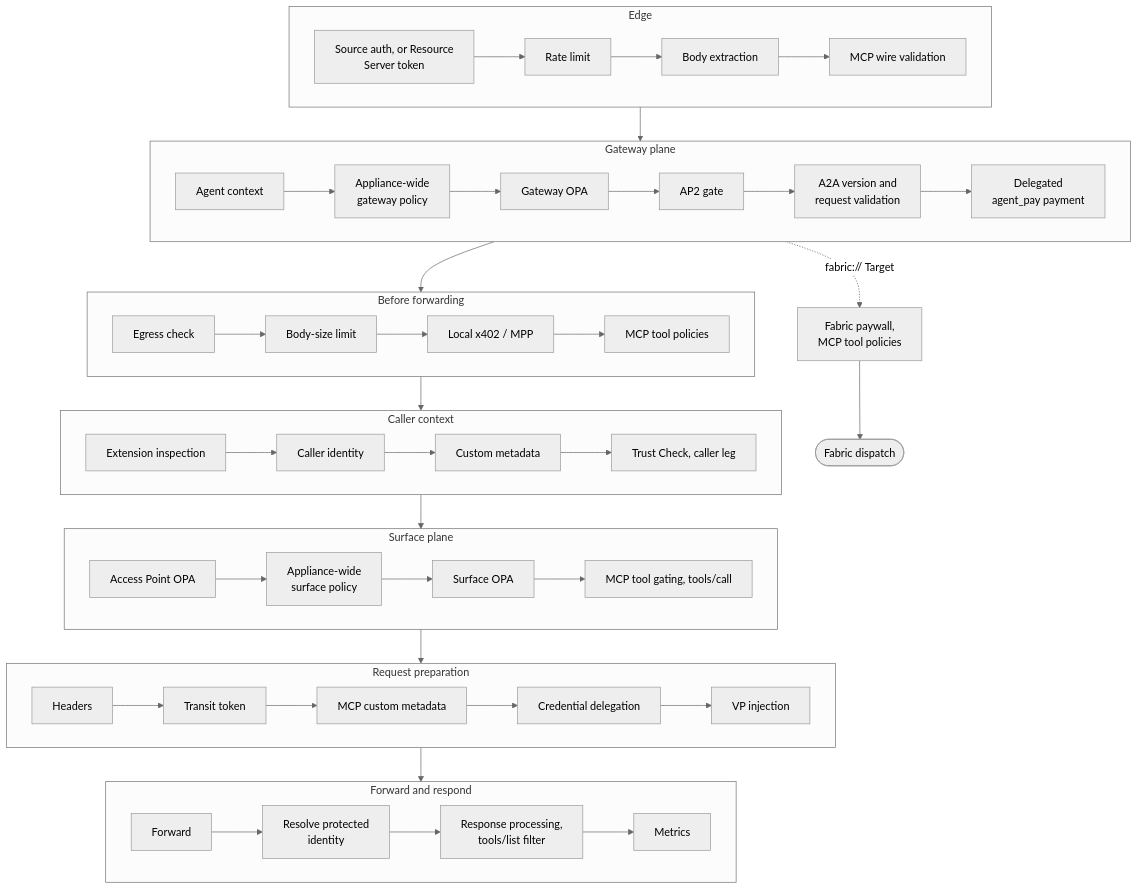
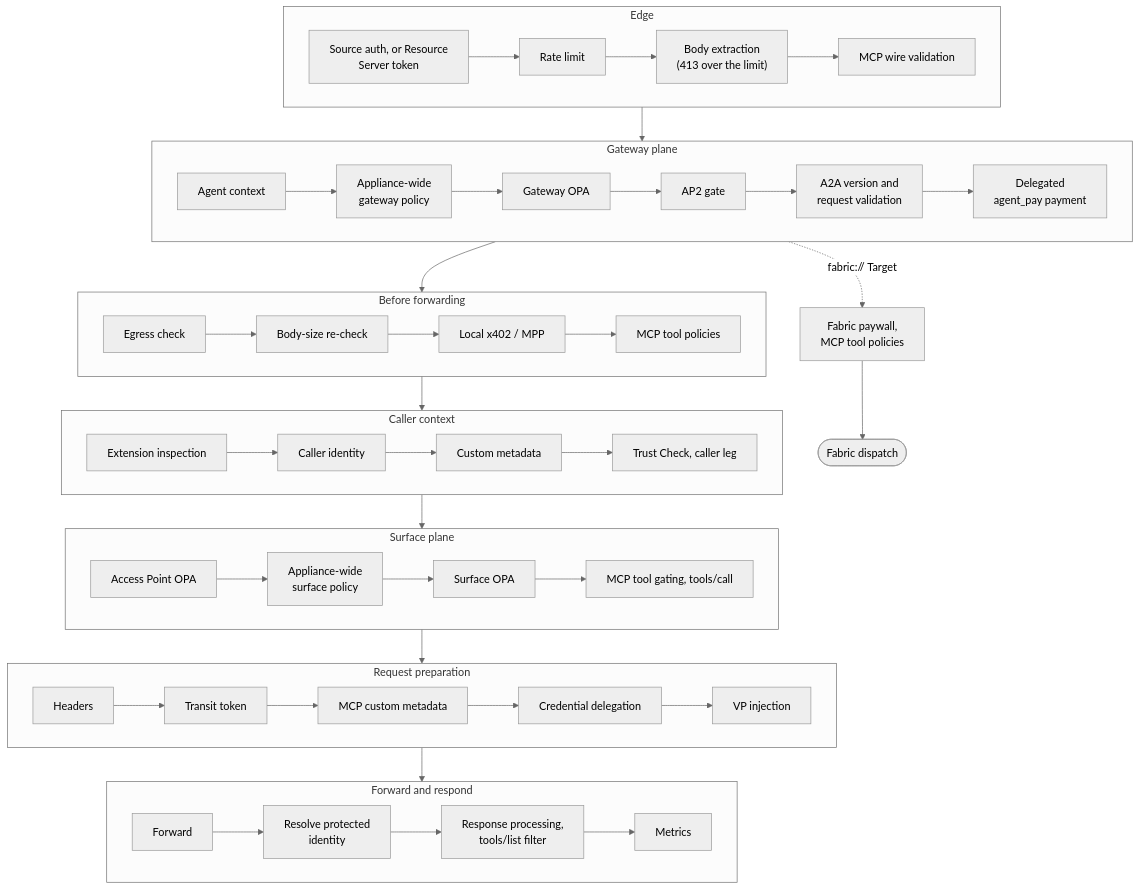
The first of 4 diagrams in ARCHITECTURE.md (affinidi-ai/agent-gateway), drawn with Mermaid (neutral theme) before and after one commit. The commit also changed other lines of this file and 17 other files, not shown here.

````diff
--- a/ARCHITECTURE.md
+++ b/ARCHITECTURE.md
@@ -88,33 +88,33 @@
 ```mermaid
 flowchart TB
     subgraph E["Edge"]
         direction LR
-        A1["Source auth, or Resource<br/>Server token"] --> A2[Rate limit] --> A3[Body extraction] --> A4[MCP wire validation]
+        A1["Source auth, or Resource<br/>Server token"] --> A2[Rate limit] --> A3["Body extraction<br/>(413 over the limit)"] --> A4[MCP wire validation]
     end
     subgraph G["Gateway plane"]
         direction LR
         B0[Agent context] --> B1["Appliance-wide<br/>gateway policy"] --> B2[Gateway OPA] --> B3[AP2 gate] --> B4["A2A version and<br/>request validation"] --> B5["Delegated<br/>agent_pay payment"]
     end
     subgraph P["Before forwarding"]
         direction LR
-        P1[Egress check] --> P2[Body-size limit] --> P3["Local x402 / MPP"] --> P4[MCP tool policies]
+        P1[Egress check] --> P2[Body-size re-check] --> P3["Local x402 / MPP"] --> P4[MCP tool policies]
     end
     subgraph C["Caller context"]
         direction LR
         C1[Extension inspection] --> C2[Caller identity] --> C3[Custom metadata] --> C4["Trust Check, caller leg"]
     end
     subgraph S["Surface plane"]
         direction LR
         D1[Access Point OPA] --> D2["Appliance-wide<br/>surface policy"] --> D3[Surface OPA] --> D4["MCP tool gating, tools/call"]
     end
     subgraph O["Request preparation"]
         direction LR
         O1[Headers] --> O2[Transit token] --> O3[MCP custom metadata] --> O4[Credential delegation] --> O5[VP injection]
     end
     subgraph F["Forward and respond"]
         direction LR
         F1[Forward] --> F2["Resolve protected<br/>identity"] --> F3["Response processing,<br/>tools/list filter"] --> F4[Metrics]
     end
     E --> G --> P --> C --> S --> O --> F
     B5 -. fabric:// Target .-> FP["Fabric paywall,<br/>MCP tool policies"] --> FB([Fabric dispatch])
 ```
````
